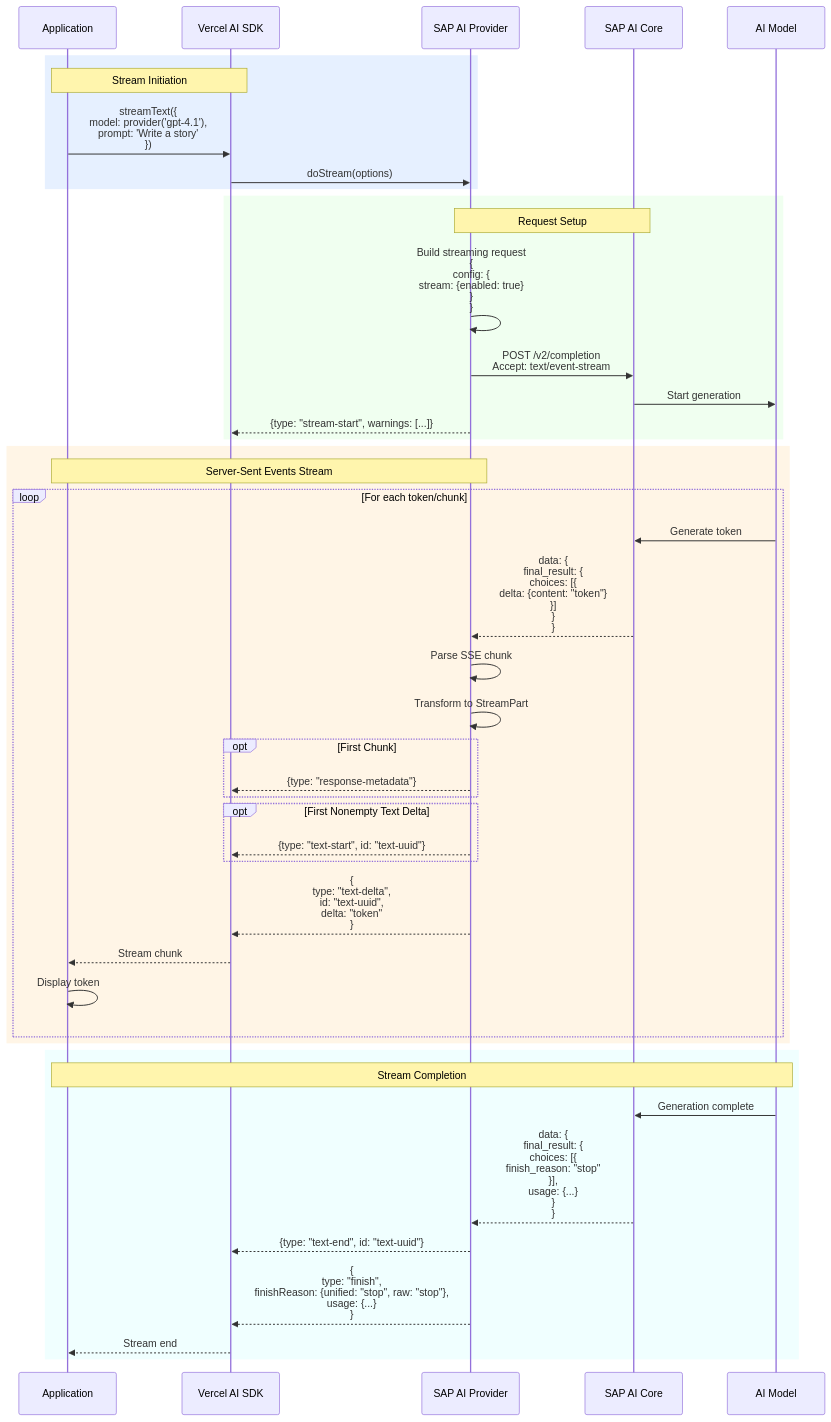
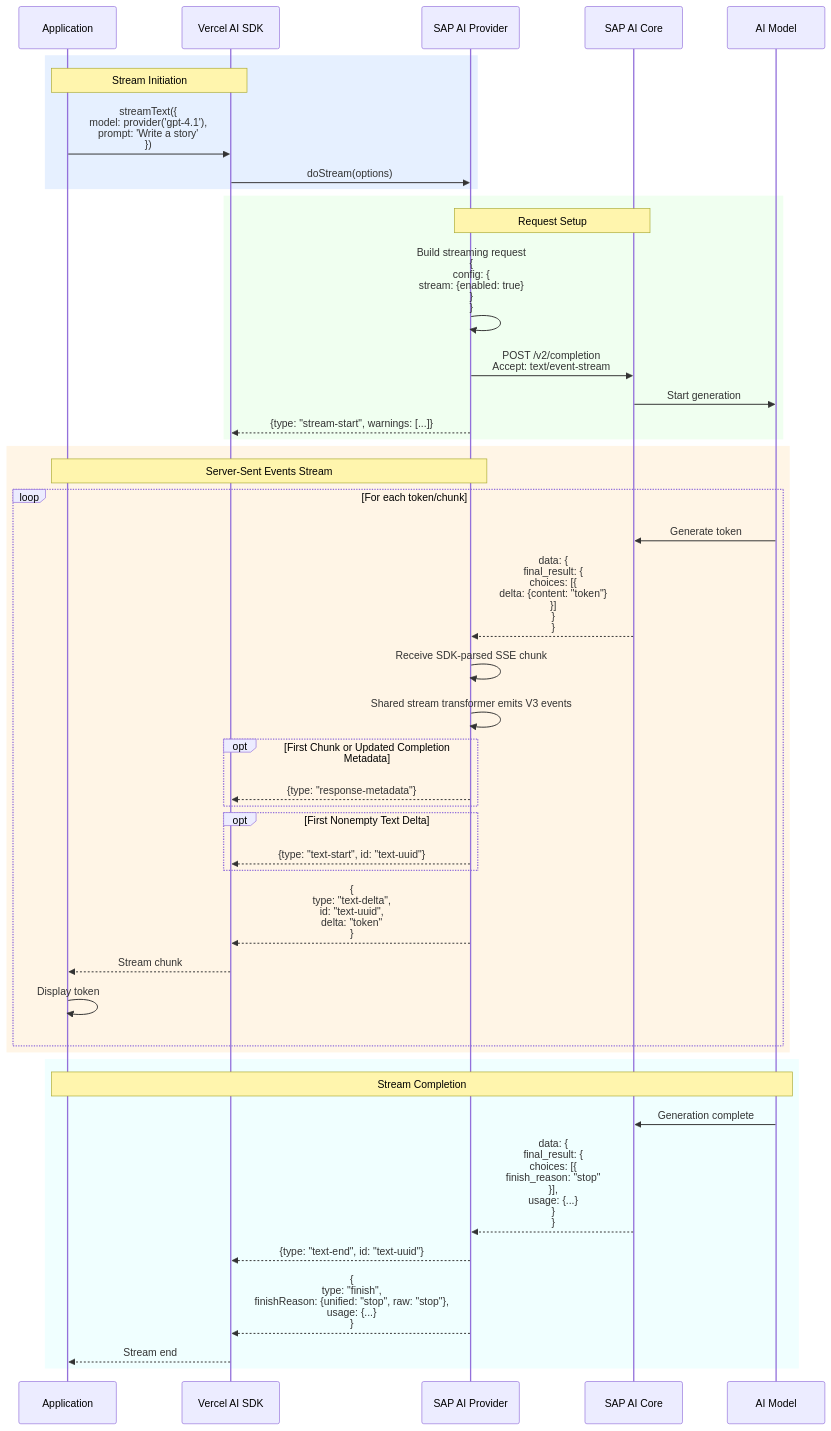
One commit to jerome-benoit/sap-ai-provider changed the fifth of 11 diagrams in ARCHITECTURE.md. Above: the diagram before and after it, drawn with Mermaid. The commit also changed other lines of this file and 88 other files, not shown here.

````diff
--- a/ARCHITECTURE.md
+++ b/ARCHITECTURE.md
@@ -457,52 +460,52 @@
 ```mermaid
 sequenceDiagram
     participant App as Application
     participant SDK as Vercel AI SDK
     participant Provider as SAP AI Provider
     participant SAP as SAP AI Core
     participant Model as AI Model
 
     rect rgb(230, 240, 255)
         Note over App,SDK: Stream Initiation
         App->>SDK: streamText({<br/>  model: provider('gpt-4.1'),<br/>  prompt: 'Write a story'<br/>})
         SDK->>Provider: doStream(options)
     end
 
     rect rgb(240, 255, 240)
         Note over Provider,SAP: Request Setup
         Provider->>Provider: Build streaming request<br/>{<br/>  config: {<br/>    stream: {enabled: true}<br/>  }<br/>}
         Provider->>SAP: POST /v2/completion<br/>Accept: text/event-stream
         SAP->>Model: Start generation
         Provider-->>SDK: {type: "stream-start", warnings: [...]}
     end
 
     rect rgb(255, 245, 230)
         Note over Provider,App: Server-Sent Events Stream
         loop For each token/chunk
             Model->>SAP: Generate token
             SAP-->>Provider: data: {<br/>  final_result: {<br/>    choices: [{<br/>      delta: {content: "token"}<br/>    }]<br/>  }<br/>}
-            Provider->>Provider: Parse SSE chunk
-            Provider->>Provider: Transform to StreamPart
+            Provider->>Provider: Receive SDK-parsed SSE chunk
+            Provider->>Provider: Shared stream transformer emits V3 events
 
-            opt First Chunk
+            opt First Chunk or Updated Completion Metadata
                 Provider-->>SDK: {type: "response-metadata"}
             end
             opt First Nonempty Text Delta
                 Provider-->>SDK: {type: "text-start", id: "text-uuid"}
             end
 
             Provider-->>SDK: {<br/>  type: "text-delta",<br/>  id: "text-uuid",<br/>  delta: "token"<br/>}
             SDK-->>App: Stream chunk
             App->>App: Display token
         end
     end
 
     rect rgb(240, 255, 255)
         Note over Model,App: Stream Completion
         Model->>SAP: Generation complete
         SAP-->>Provider: data: {<br/>  final_result: {<br/>    choices: [{<br/>      finish_reason: "stop"<br/>    }],<br/>    usage: {...}<br/>  }<br/>}
         Provider-->>SDK: {type: "text-end", id: "text-uuid"}
         Provider-->>SDK: {<br/>  type: "finish",<br/>  finishReason: {unified: "stop", raw: "stop"},<br/>  usage: {...}<br/>}
         SDK-->>App: Stream end
     end
 ```
````
